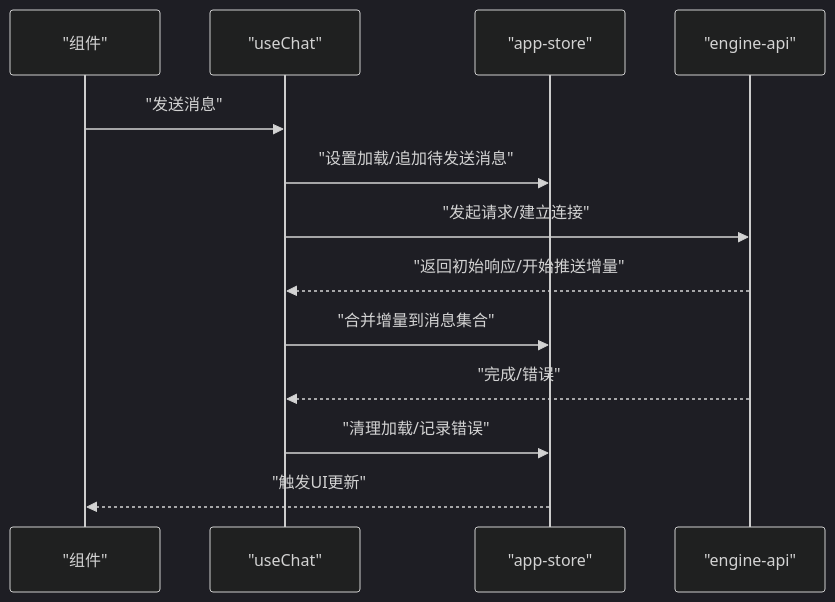
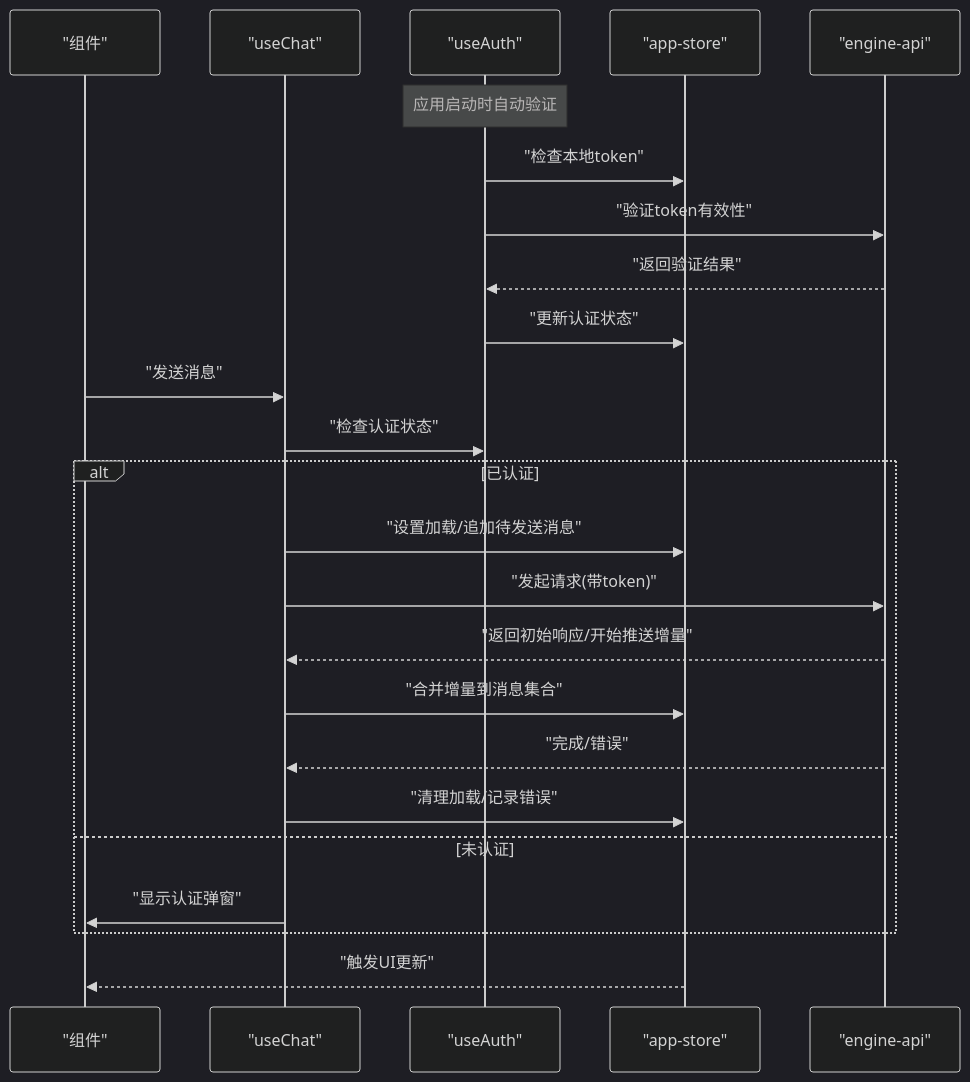
The second of 8 diagrams in .qoder/repowiki/zh/content/前端架构/状态管理.md (kkutysllb/KCoder), drawn with Mermaid (dark theme) before and after one commit. The commit also changed other lines of this file and 141 other files, not shown here.

````diff
--- a/.qoder/repowiki/zh/content/前端架构/状态管理.md
+++ b/.qoder/repowiki/zh/content/前端架构/状态管理.md
@@ -99,15 +128,26 @@
 ```mermaid
 sequenceDiagram
 participant C as "组件"
 participant H as "useChat"
+participant A as "useAuth"
 participant S as "app-store"
 participant E as "engine-api"
+Note over A : 应用启动时自动验证
+A->>S : "检查本地token"
+A->>E : "验证token有效性"
+E-->>A : "返回验证结果"
+A->>S : "更新认证状态"
 C->>H : "发送消息"
+H->>A : "检查认证状态"
+alt 已认证
 H->>S : "设置加载/追加待发送消息"
-H->>E : "发起请求/建立连接"
+H->>E : "发起请求(带token)"
 E-->>H : "返回初始响应/开始推送增量"
 H->>S : "合并增量到消息集合"
 E-->>H : "完成/错误"
 H->>S : "清理加载/记录错误"
+else 未认证
+H->>C : "显示认证弹窗"
+end
 S-->>C : "触发UI更新"
 ```
````
